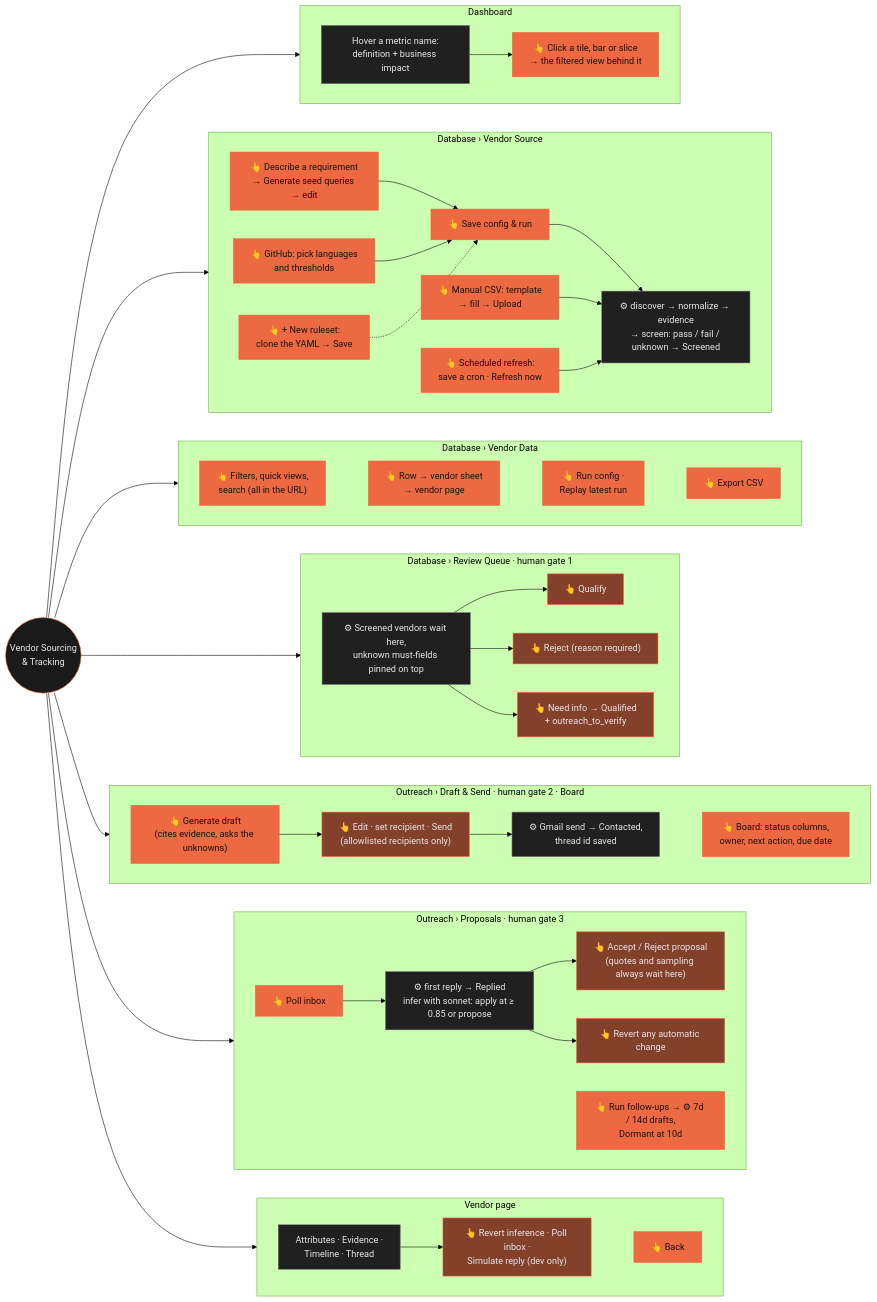
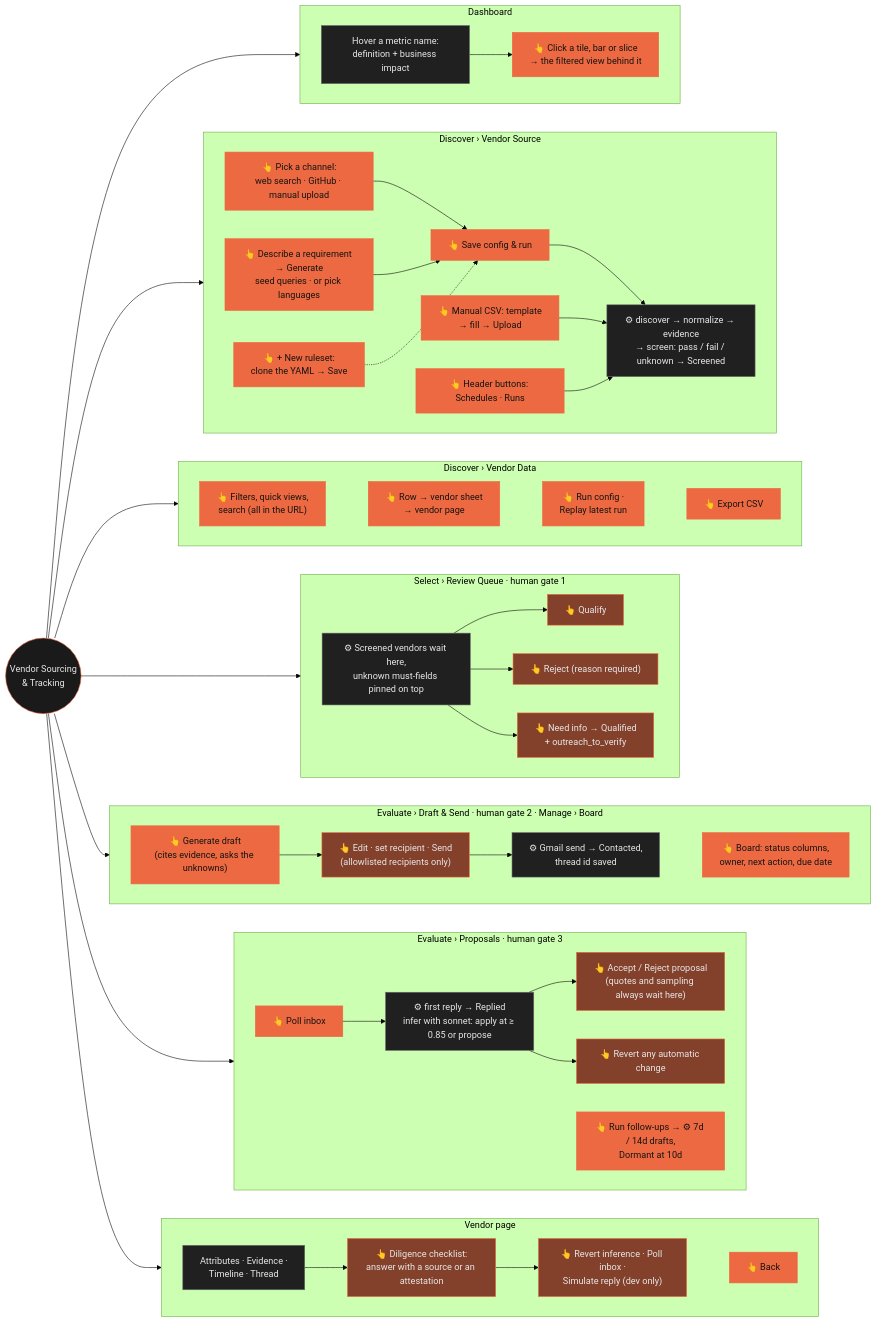
One commit to jerry1998728/vendor-sourcing changed the first of 3 diagrams in README.md. Above: the diagram before and after it, drawn with Mermaid (forest theme). The commit also changed other lines of this file and 2 other files, not shown here.

First line of the commit message:
Batch E: docs for the lifecycle grouping, hovers and the diligence checklist

````diff
--- a/README.md
+++ b/README.md
@@ -27,68 +41,68 @@
 ```mermaid
 flowchart LR
   classDef human fill:#ED6941,stroke:#ED6941,color:#141414
   classDef gate fill:#83402B,stroke:#ED6941,color:#E7E7E8
   classDef auto fill:#202021,stroke:#6B6B6B,color:#E7E7E8
   classDef root fill:#1A1A1A,stroke:#ED6941,color:#E7E7E8
 
   ROOT(("Vendor Sourcing<br/>#38; Tracking")):::root
 
   subgraph DASH["Dashboard"]
     direction LR
     D1["Hover a metric name:<br/>definition + business impact"]:::auto --> D2["👆 Click a tile, bar or slice<br/>→ the filtered view behind it"]:::human
     style DASH color:#000000
     style SRC  color:#000000
     style DATA color:#000000
     style REV  color:#000000
     style SEND color:#000000
     style PROP color:#000000
     style VP   color:#000000
  end
 
-  subgraph SRC["Database › Vendor Source"]
+  subgraph SRC["Discover › Vendor Source"]
     direction LR
-    S1["👆 Describe a requirement<br/>→ Generate seed queries → edit"]:::human --> S3["👆 Save config #38; run"]:::human
-    S2["👆 GitHub: pick languages<br/>and thresholds"]:::human --> S3
+    S1["👆 Pick a channel:<br/>web search · GitHub · manual upload"]:::human --> S3["👆 Save config #38; run"]:::human
+    S2["👆 Describe a requirement → Generate<br/>seed queries · or pick languages"]:::human --> S3
     S5["👆 + New ruleset:<br/>clone the YAML → Save"]:::human -.-> S3
     S3 --> S7["⚙ discover → normalize → evidence<br/>→ screen: pass / fail / unknown → Screened"]:::auto
     S4["👆 Manual CSV: template<br/>→ fill → Upload"]:::human --> S7
-    S6["👆 Scheduled refresh:<br/>save a cron · Refresh now"]:::human --> S7
+    S6["👆 Header buttons: Schedules · Runs"]:::human --> S7
   end
 
-  subgraph DATA["Database › Vendor Data"]
+  subgraph DATA["Discover › Vendor Data"]
     direction LR
     V1["👆 Filters, quick views,<br/>search (all in the URL)"]:::human ~~~ V2["👆 Row → vendor sheet<br/>→ vendor page"]:::human ~~~ V3["👆 Run config ·<br/>Replay latest run"]:::human ~~~ V4["👆 Export CSV"]:::human
   end
 
-  subgraph REV["Database › Review Queue · human gate 1"]
+  subgraph REV["Select › Review Queue · human gate 1"]
     direction LR
     R1["⚙ Screened vendors wait here,<br/>unknown must-fields pinned on top"]:::auto --> R2["👆 Qualify"]:::gate
     R1 --> R3["👆 Reject (reason required)"]:::gate
     R1 --> R4["👆 Need info → Qualified<br/>+ outreach_to_verify"]:::gate
   end
 
-  subgraph SEND["Outreach › Draft #38; Send · human gate 2 · Board"]
+  subgraph SEND["Evaluate › Draft #38; Send · human gate 2 · Manage › Board"]
     direction LR
     O1["👆 Generate draft<br/>(cites evidence, asks the unknowns)"]:::human --> O2["👆 Edit · set recipient · Send<br/>(allowlisted recipients only)"]:::gate --> O3["⚙ Gmail send → Contacted,<br/>thread id saved"]:::auto ~~~ O4["👆 Board: status columns,<br/>owner, next action, due date"]:::human
   end
 
-  subgraph PROP["Outreach › Proposals · human gate 3"]
+  subgraph PROP["Evaluate › Proposals · human gate 3"]
     direction LR
     O5["👆 Poll inbox"]:::human --> O6["⚙ first reply → Replied<br/>infer with sonnet: apply at ≥ 0.85 or propose"]:::auto --> O7["👆 Accept / Reject proposal<br/>(quotes and sampling always wait here)"]:::gate
     O6 --> O8["👆 Revert any automatic change"]:::gate
     O9["👆 Run follow-ups → ⚙ 7d / 14d drafts,<br/>Dormant at 10d"]:::human
   end
 
   subgraph VP["Vendor page"]
     direction LR
-    P1["Attributes · Evidence ·<br/>Timeline · Thread"]:::auto --> P2["👆 Revert inference · Poll inbox ·<br/>Simulate reply (dev only)"]:::gate ~~~ P3["👆 Back"]:::human
+    P1["Attributes · Evidence ·<br/>Timeline · Thread"]:::auto --> PD["👆 Diligence checklist:<br/>answer with a source or an attestation"]:::gate --> P2["👆 Revert inference · Poll inbox ·<br/>Simulate reply (dev only)"]:::gate ~~~ P3["👆 Back"]:::human
   end
 
   ROOT --> DASH
   ROOT --> SRC
   ROOT --> DATA
   ROOT --> REV
   ROOT --> SEND
   ROOT --> PROP
   ROOT --> VP
 ```
````
